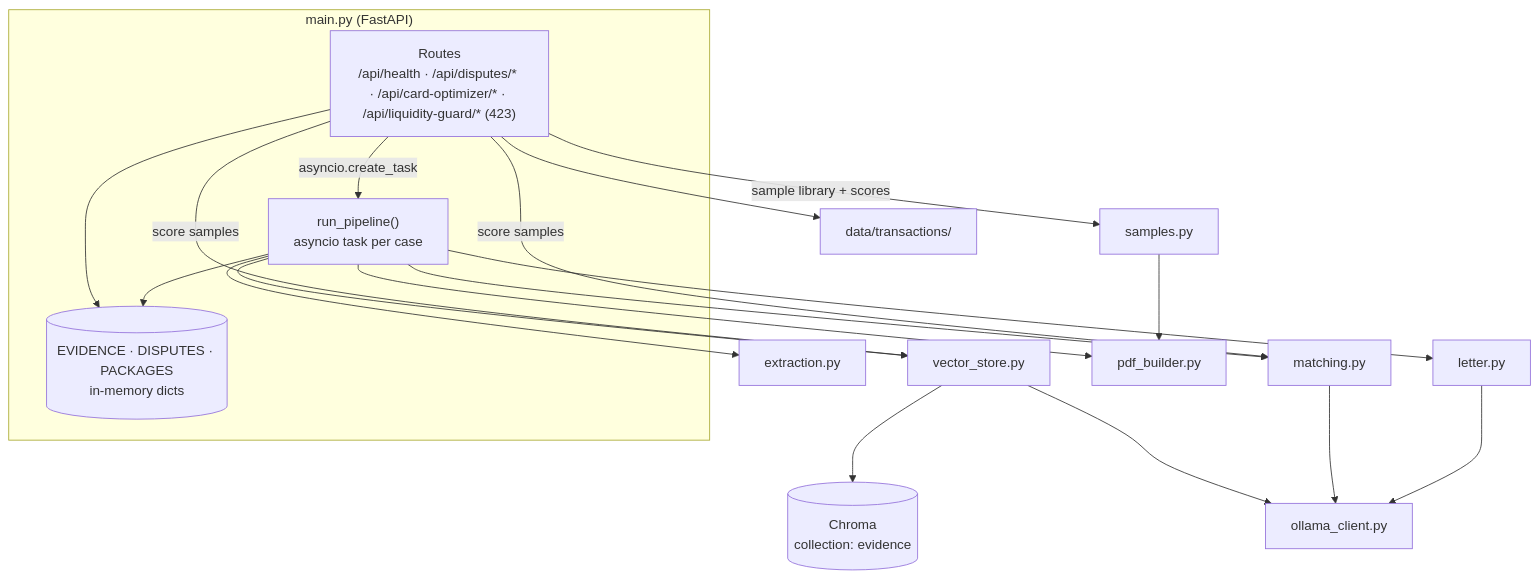
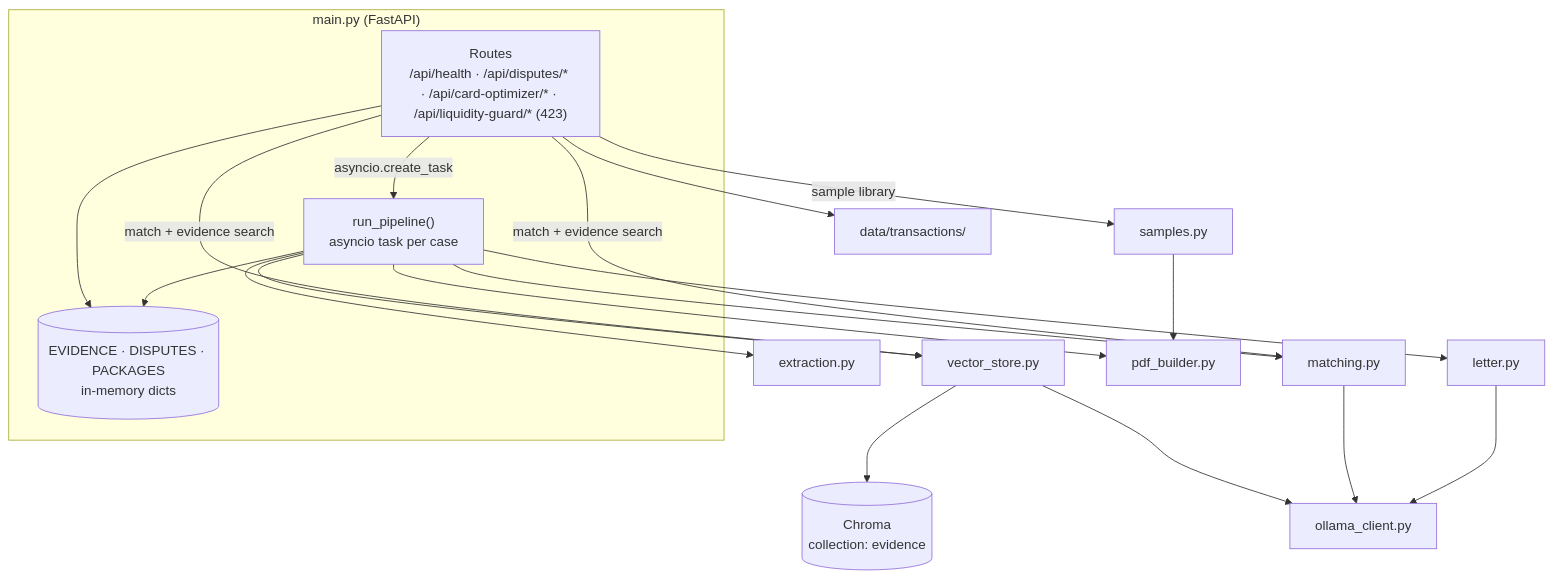
One commit to rajatrao/payment_intelligence changed the second of 7 diagrams in docs/ARCHITECTURE.md. Above: the diagram before and after it, drawn with Mermaid. The commit also changed other lines of this file and 5 other files, not shown here.

Commit message:
Remove Score all in favour of evidence search

````diff
--- a/docs/ARCHITECTURE.md
+++ b/docs/ARCHITECTURE.md
@@ -85,32 +85,32 @@
 ```mermaid
 flowchart TB
     subgraph api["main.py (FastAPI)"]
         routes["Routes<br/>/api/health · /api/disputes/* · /api/card-optimizer/* · /api/liquidity-guard/* (423)"]
         pipeline["run_pipeline()<br/>asyncio task per case"]
         store[("EVIDENCE · DISPUTES · PACKAGES<br/>in-memory dicts")]
     end
     data["data/transactions/"]
     samples["samples.py"]
     extraction["extraction.py"]
     matching["matching.py"]
     vstore["vector_store.py"]
     chroma[("Chroma<br/>collection: evidence")]
     letter["letter.py"]
     ollama["ollama_client.py"]
     pdf["pdf_builder.py"]
 
     routes --> data
     routes --> store
     routes -- "asyncio.create_task" --> pipeline
     pipeline --> extraction
     pipeline --> vstore --> ollama
     vstore --> chroma
     pipeline --> matching --> ollama
     pipeline --> letter --> ollama
     pipeline --> pdf
     pipeline --> store
-    routes -- "sample library + scores" --> samples
+    routes -- "sample library" --> samples
     samples --> pdf
-    routes -- "score samples" --> vstore
-    routes -- "score samples" --> matching
+    routes -- "match + evidence search" --> vstore
+    routes -- "match + evidence search" --> matching
 ```
````
